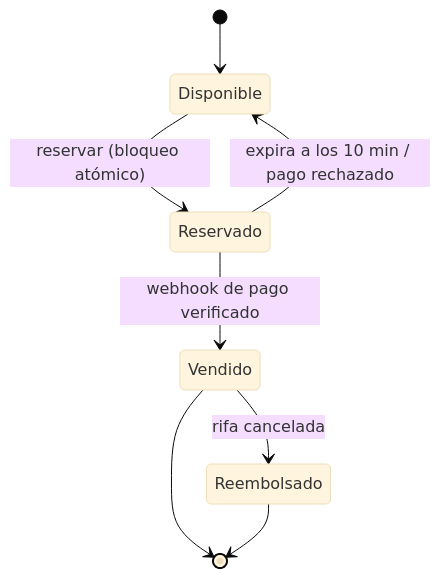
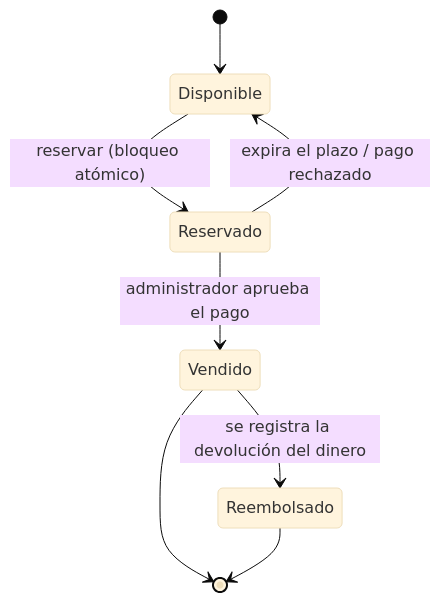
The fourth of 12 diagrams in DOCS/RIFAS/ESPECIFICACIONES-RIFAS.md (kanoso/ecommcerce-saas-sonet), drawn with Mermaid (base theme) before and after one commit. The commit also changed other lines of this file and 444 other files, not shown here.

````diff
--- a/DOCS/RIFAS/ESPECIFICACIONES-RIFAS.md
+++ b/DOCS/RIFAS/ESPECIFICACIONES-RIFAS.md
@@ -332,10 +359,10 @@
 ```mermaid
 stateDiagram-v2
     [*] --> Disponible
     Disponible --> Reservado: reservar (bloqueo atómico)
-    Reservado --> Vendido: webhook de pago verificado
-    Reservado --> Disponible: expira a los 10 min / pago rechazado
-    Vendido --> Reembolsado: rifa cancelada
+    Reservado --> Vendido: administrador aprueba el pago
+    Reservado --> Disponible: expira el plazo / pago rechazado
+    Vendido --> Reembolsado: se registra la devolución del dinero
     Vendido --> [*]
     Reembolsado --> [*]
 ```
````
